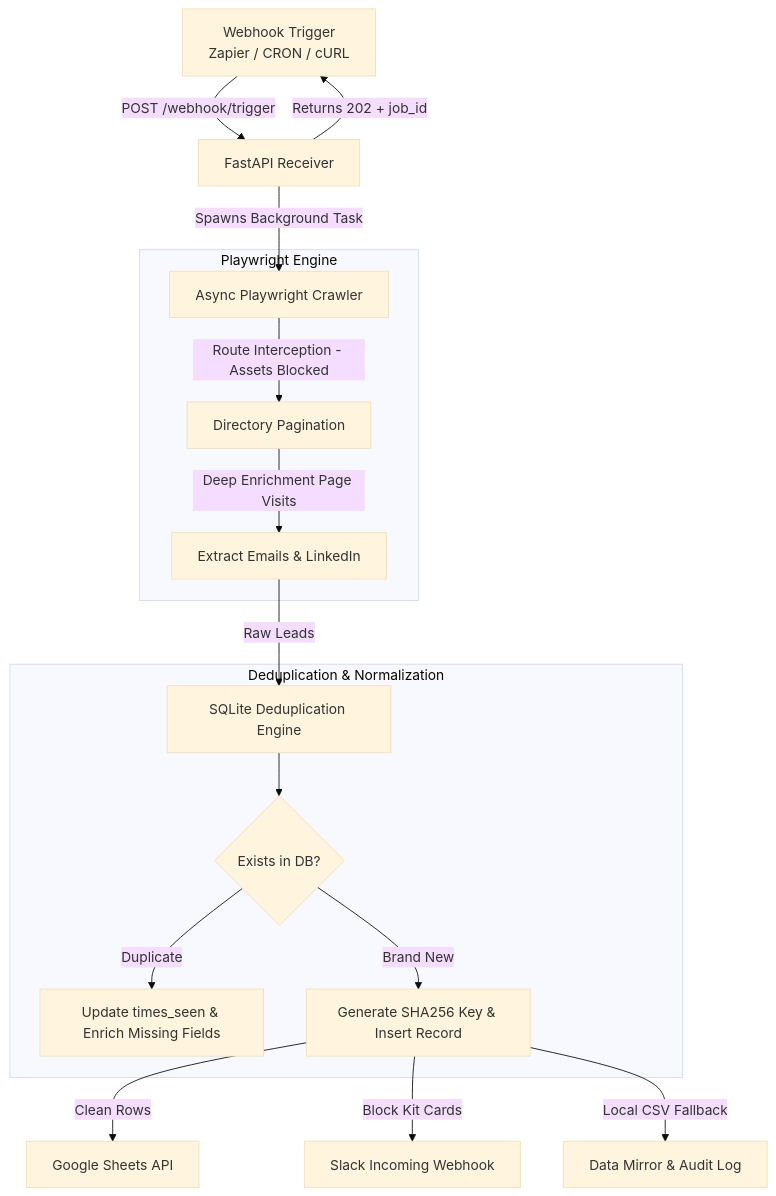
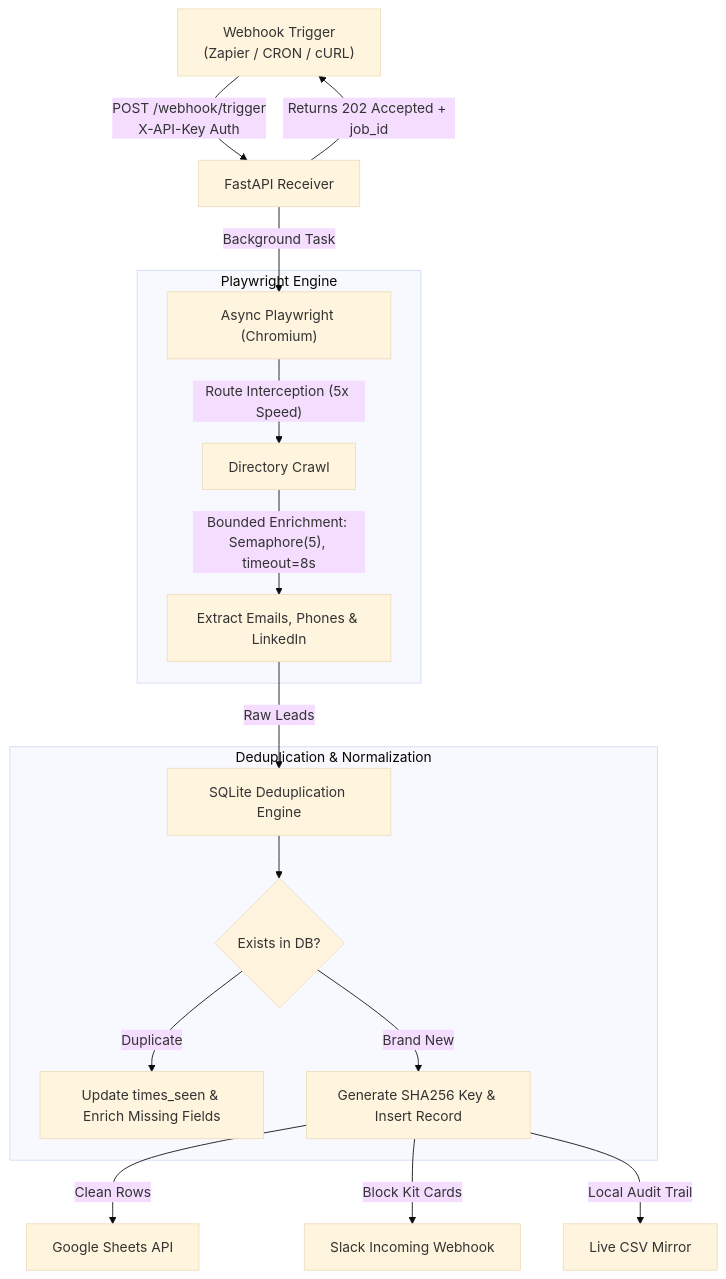
One commit to ShauryaAttreya37/leadpulse-pipeline changed the diagram in README.md. Above: the diagram before and after it, drawn with Mermaid (base theme). The commit also changed other lines of this file and 8 other files, not shown here.

Commit message:
fix: live directory scraping, webhook X-API-Key auth, semaphore enrichment, and buyer proof docs

````diff
--- a/README.md
+++ b/README.md
@@ -35,23 +58,23 @@
 ```mermaid
 flowchart TD
-    A[Webhook Trigger<br>Zapier / CRON / cURL] -->|POST /webhook/trigger| B[FastAPI Receiver]
-    B -->|Returns 202 + job_id| A
-    B -->|Spawns Background Task| C[Async Playwright Crawler]
+    A["Webhook Trigger<br>(Zapier / CRON / cURL)"] -->|"POST /webhook/trigger<br>X-API-Key Auth"| B["FastAPI Receiver"]
+    B -->|"Returns 202 Accepted + job_id"| A
+    B -->|"Background Task"| C["Async Playwright (Chromium)"]
     
     subgraph Playwright Engine
-        C -->|Route Interception - Assets Blocked| D[Directory Pagination]
-        D -->|Deep Enrichment Page Visits| E[Extract Emails & LinkedIn]
+        C -->|"Route Interception (5x Speed)"| D["Directory Crawl"]
+        D -->|"Bounded Enrichment: Semaphore(5), timeout=8s"| E["Extract Emails, Phones & LinkedIn"]
     end
 
-    E -->|Raw Leads| F[SQLite Deduplication Engine]
+    E -->|"Raw Leads"| F["SQLite Deduplication Engine"]
     
     subgraph Deduplication & Normalization
-        F --> G{Exists in DB?}
-        G -->|Duplicate| H[Update times_seen & Enrich Missing Fields]
-        G -->|Brand New| I[Generate SHA256 Key & Insert Record]
+        F --> G{"Exists in DB?"}
+        G -->|"Duplicate"| H["Update times_seen & Enrich Missing Fields"]
+        G -->|"Brand New"| I["Generate SHA256 Key & Insert Record"]
     end
 
-    I -->|Clean Rows| J[Google Sheets API]
-    I -->|Block Kit Cards| K[Slack Incoming Webhook]
-    I -->|Local CSV Fallback| L[Data Mirror & Audit Log]
+    I -->|"Clean Rows"| J["Google Sheets API"]
+    I -->|"Block Kit Cards"| K["Slack Incoming Webhook"]
+    I -->|"Local Audit Trail"| L["Live CSV Mirror"]
 ```
````
